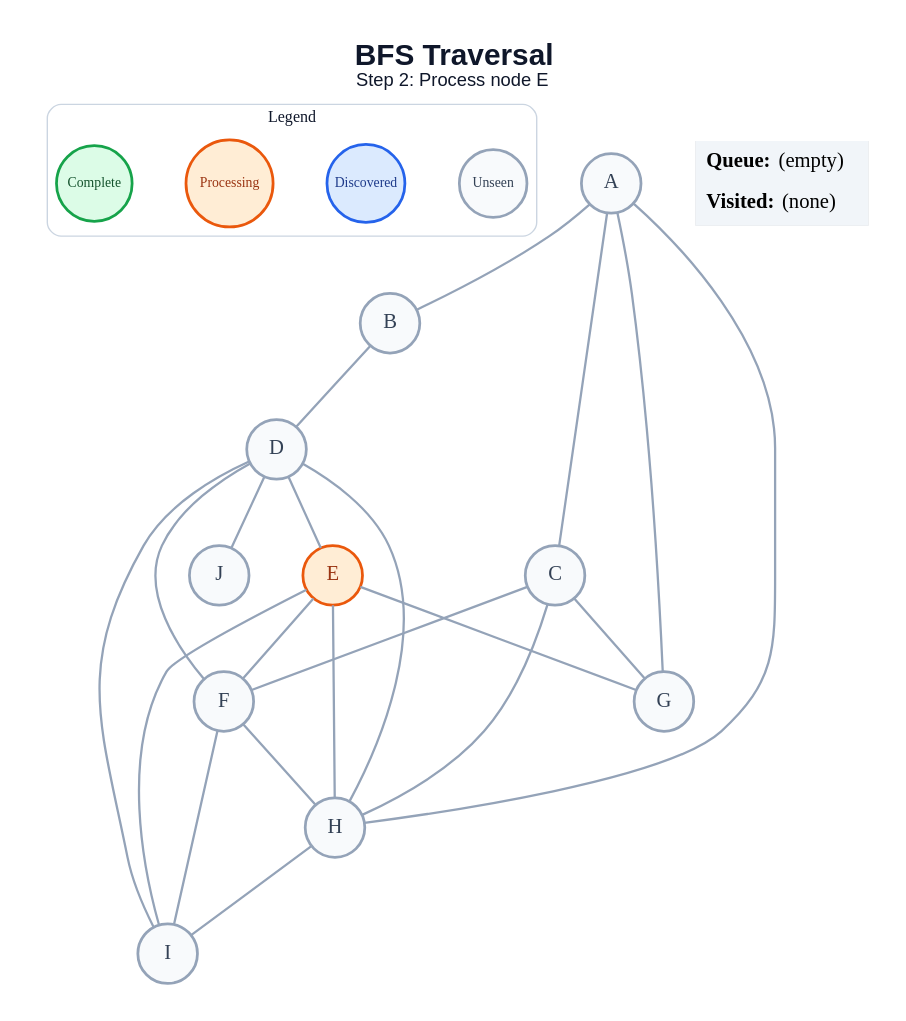
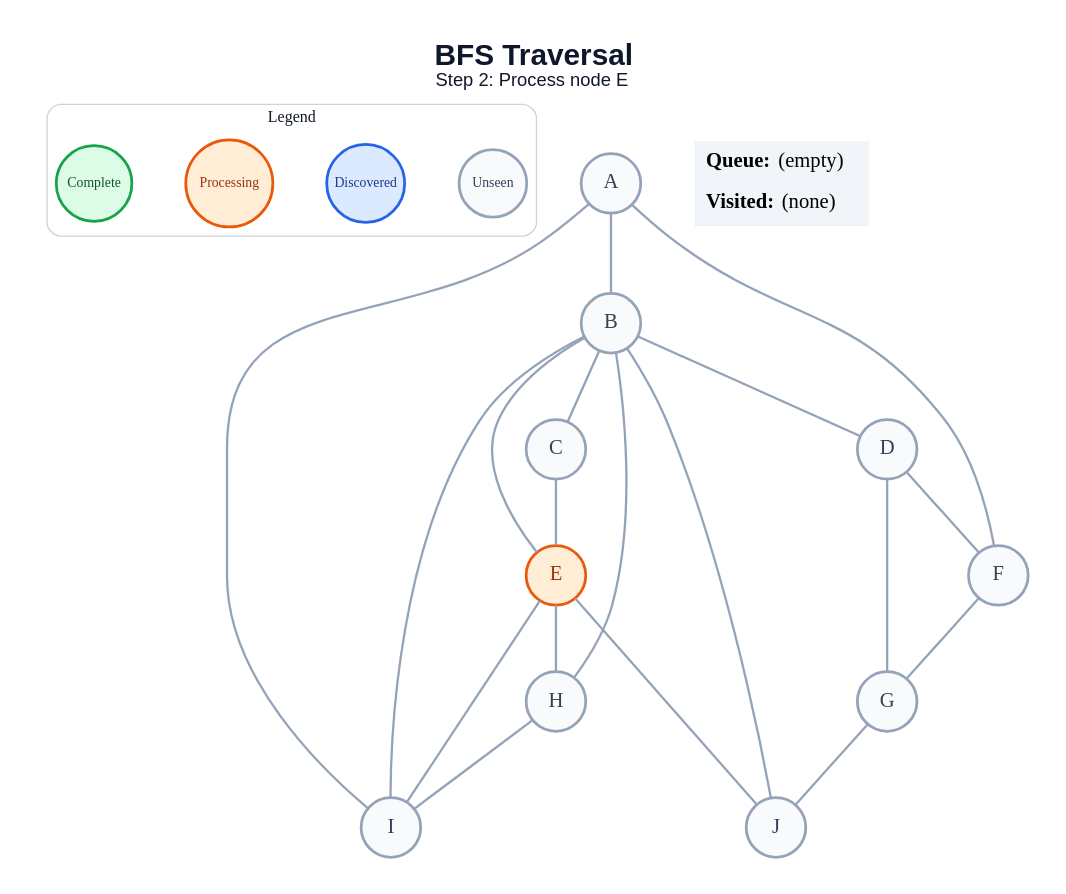
One commit to amanghodawala9/ai-slop changed the diagram in generated/specific-node/bfs/step_02.dot. Above: the diagram before and after it, drawn with Graphviz. The commit also changed 178 other files, not shown here.

```diff
--- a/generated/specific-node/bfs/step_02.dot
+++ b/generated/specific-node/bfs/step_02.dot
@@ -1,49 +1,47 @@
 graph traversal {
   graph [layout=dot, rankdir=TB, bgcolor="#FFFFFF", pad="0.35", nodesep="0.65", ranksep="0.8", fontname="Arial"];
   node [shape=circle, style="filled", fontname="Arial Bold", fontsize=18, width=0.72, fixedsize=true, penwidth=2.4];
   edge [color="#94A3B8", penwidth=2.0];
   label=<<B>BFS Traversal</B><BR/><FONT POINT-SIZE="16">Step 2: Process node E</FONT>>; labelloc="t"; fontsize=26; fontname="Arial"; fontcolor="#0F172A";
   subgraph cluster_legend { label="Legend"; color="#CBD5E1"; penwidth=1.2; style="rounded"; fontsize=14; fontname="Arial Bold";
     key_unseen [label="Unseen", fillcolor="#F8FAFC", color="#94A3B8", fontcolor="#334155", fontsize=12, width=0.82];
     key_frontier [label="Discovered", fillcolor="#DBEAFE", color="#2563EB", fontcolor="#1E3A8A", fontsize=12, width=0.95];
     key_current [label="Processing", fillcolor="#FFEDD5", color="#EA580C", fontcolor="#9A3412", fontsize=12, width=1.05];
     key_done [label="Complete", fillcolor="#DCFCE7", color="#16A34A", fontcolor="#14532D", fontsize=12, width=0.92];
     { rank=same; key_unseen; key_frontier; key_current; key_done; }
   }
   A [fillcolor="#F8FAFC", color="#94A3B8", fontcolor="#334155"];
   B [fillcolor="#F8FAFC", color="#94A3B8", fontcolor="#334155"];
   C [fillcolor="#F8FAFC", color="#94A3B8", fontcolor="#334155"];
   D [fillcolor="#F8FAFC", color="#94A3B8", fontcolor="#334155"];
   E [fillcolor="#FFEDD5", color="#EA580C", fontcolor="#9A3412"];
   F [fillcolor="#F8FAFC", color="#94A3B8", fontcolor="#334155"];
   G [fillcolor="#F8FAFC", color="#94A3B8", fontcolor="#334155"];
   H [fillcolor="#F8FAFC", color="#94A3B8", fontcolor="#334155"];
   I [fillcolor="#F8FAFC", color="#94A3B8", fontcolor="#334155"];
   J [fillcolor="#F8FAFC", color="#94A3B8", fontcolor="#334155"];
   A -- B;
-  A -- C;
-  A -- G;
-  A -- H;
+  A -- F;
+  A -- I;
+  B -- C;
   B -- D;
-  C -- F;
-  C -- G;
-  C -- H;
-  D -- E;
+  B -- E;
+  B -- H;
+  B -- I;
+  B -- J;
+  C -- E;
   D -- F;
-  D -- H;
-  D -- I;
-  D -- J;
-  E -- F;
-  E -- G;
+  D -- G;
   E -- H;
   E -- I;
-  F -- H;
-  F -- I;
+  E -- J;
+  F -- G;
+  G -- J;
   H -- I;
   status [shape=plain, fixedsize=false, width=0, height=0, margin=0, label=<
     <TABLE BORDER="0" CELLBORDER="0" CELLPADDING="7" BGCOLOR="#F1F5F9">
       <TR><TD ALIGN="LEFT"><B>Queue:</B> (empty)</TD></TR>
       <TR><TD ALIGN="LEFT"><B>Visited:</B> (none)</TD></TR>
     </TABLE>
   >];
 }
```
